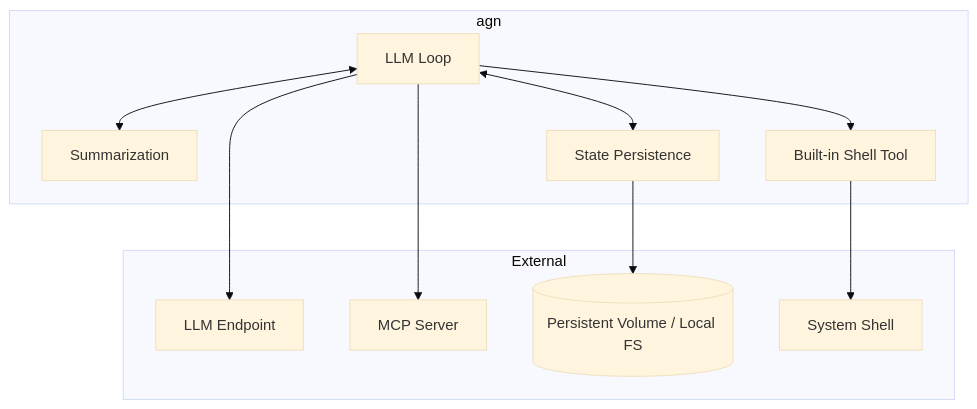
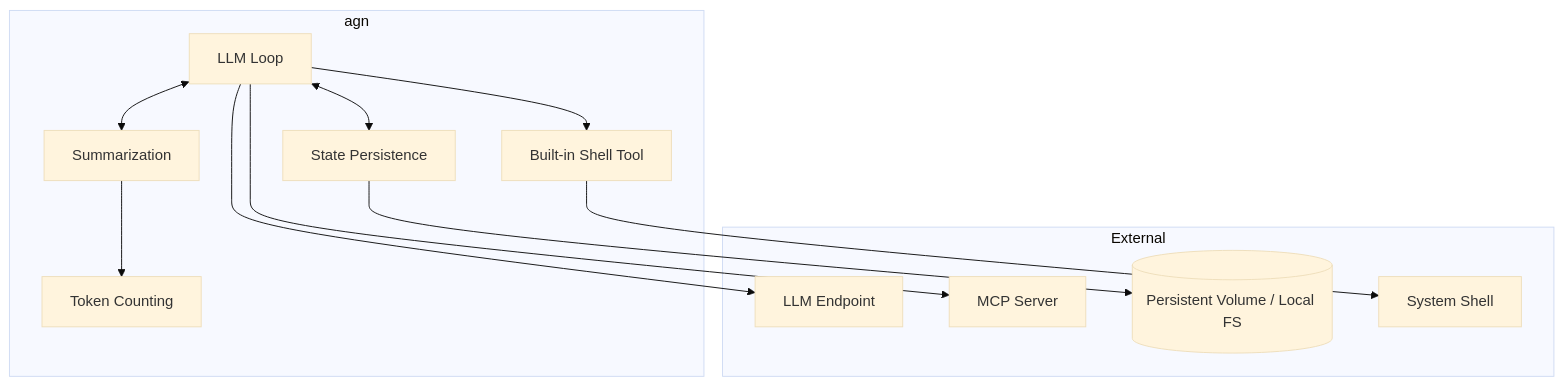
Before and after one commit to agynio/architecture: the first of 2 diagrams in architecture/agn-cli.md, drawn with Mermaid (base theme). The commit also changed other lines of this file and 9 other files, not shown here.

Commit message:
Merge token counting part of the agn

````diff
--- a/architecture/agn-cli.md
+++ b/architecture/agn-cli.md
@@ -73,24 +73,26 @@
 ```mermaid
 graph TB
     subgraph "agn"
         LLMLoop[LLM Loop]
         Summarization[Summarization]
+        TokenCounting[Token Counting]
         Persistence[State Persistence]
         ShellTool[Built-in Shell Tool]
     end
 
     subgraph External
         LLM[LLM Endpoint]
         MCP[MCP Server]
         Disk[(Persistent Volume / Local FS)]
         Shell[System Shell]
     end
 
     LLMLoop --> LLM
     LLMLoop --> MCP
     LLMLoop --> ShellTool
     LLMLoop <--> Summarization
     LLMLoop <--> Persistence
+    Summarization --> TokenCounting
     Persistence --> Disk
     ShellTool --> Shell
 ```
````
